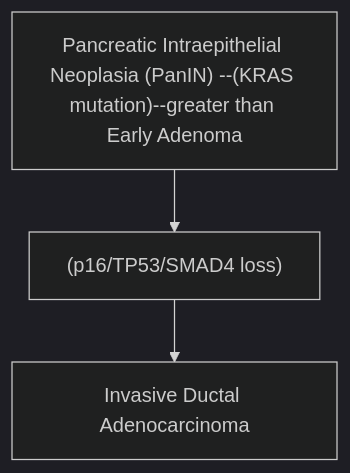
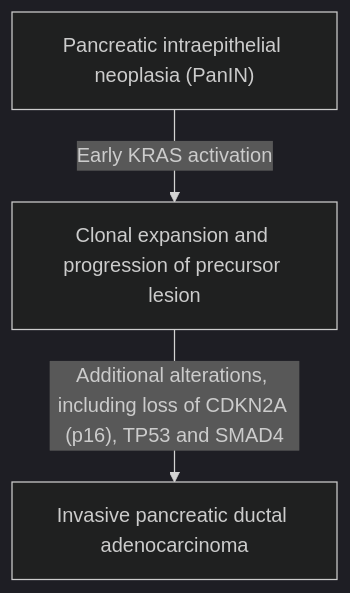
The second of 2 diagrams in Canonical notes/GIT/GIT_Chapter_12C_Gallbladder_Biliary_Pancreatic_Pathology.md (kartikswami768/neet-pg), drawn with Mermaid (dark theme) before and after one commit. The commit also changed other lines of this file and 27 other files, not shown here.

````diff
--- a/Canonical notes/GIT/GIT_Chapter_12C_Gallbladder_Biliary_Pancreatic_Pathology.md
+++ b/Canonical notes/GIT/GIT_Chapter_12C_Gallbladder_Biliary_Pancreatic_Pathology.md
@@ -127,6 +129,5 @@
 ```mermaid
 flowchart TD
-  A["Pancreatic Intraepithelial Neoplasia (PanIN) --(KRAS mutation)--greater than Early Adenoma"]
-  A --> N1["(p16/TP53/SMAD4 loss)"]
-  N1 --> N2["Invasive Ductal Adenocarcinoma"]
+    A["Pancreatic intraepithelial neoplasia (PanIN)"] -->|"Early KRAS activation"| B["Clonal expansion and progression of precursor lesion"]
+    B -->|"Additional alterations, including loss of CDKN2A (p16), TP53 and SMAD4"| C["Invasive pancreatic ductal adenocarcinoma"]
 ```
````
